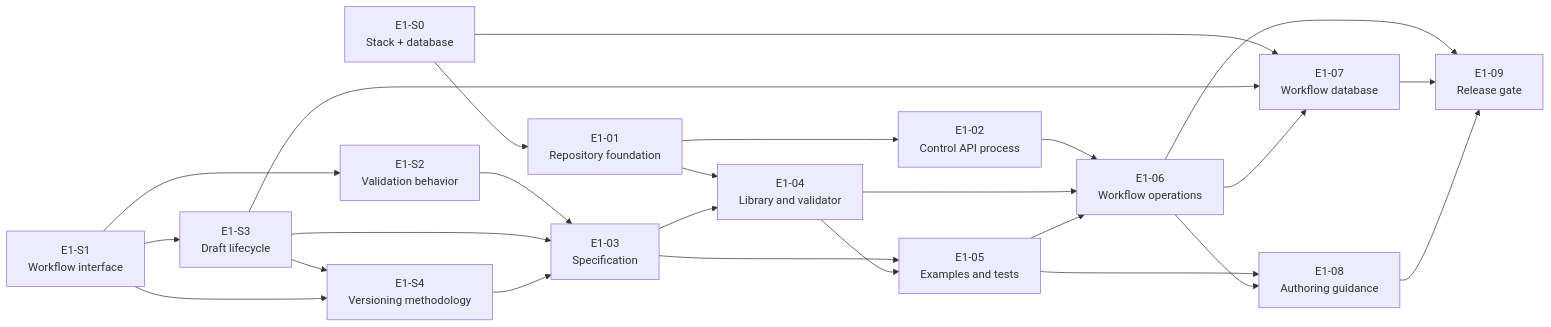
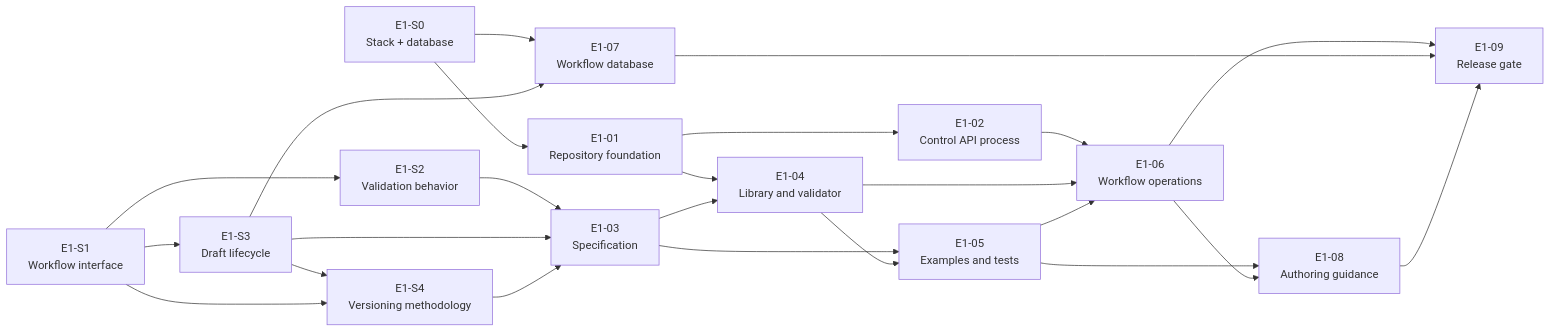
One commit to RostrumAI/rostrum changed the second of 2 diagrams in docs/epics/epic-01-shape-of-a-workflow.md. Above: the diagram before and after it, drawn with Mermaid. The commit also changed other lines of this file and 27 other files, not shown here.

````diff
--- a/docs/epics/epic-01-shape-of-a-workflow.md
+++ b/docs/epics/epic-01-shape-of-a-workflow.md
@@ -153,27 +153,26 @@
 ```mermaid
 flowchart LR
     S0["E1-S0<br/>Stack + database"] --> E01["E1-01<br/>Repository foundation"]
     S1["E1-S1<br/>Workflow interface"] --> S2["E1-S2<br/>Validation behavior"]
     S1 --> S3["E1-S3<br/>Draft lifecycle"]
     S3 --> S4["E1-S4<br/>Versioning methodology"]
     S1 --> S4
     S2 --> E03["E1-03<br/>Specification"]
     S3 --> E03
     S4 --> E03
     E01 --> E02["E1-02<br/>Control API process"]
     E01 --> E04["E1-04<br/>Library and validator"]
     E03 --> E04
     E03 --> E05["E1-05<br/>Examples and tests"]
     E04 --> E05
     E02 --> E06["E1-06<br/>Workflow operations"]
     E04 --> E06
     E05 --> E06
     S0 --> E07["E1-07<br/>Workflow database"]
     S3 --> E07
-    E06 --> E07
     E05 --> E08["E1-08<br/>Authoring guidance"]
     E06 --> E08
     E06 --> E09["E1-09<br/>Release gate"]
     E07 --> E09
     E08 --> E09
 ```
````
